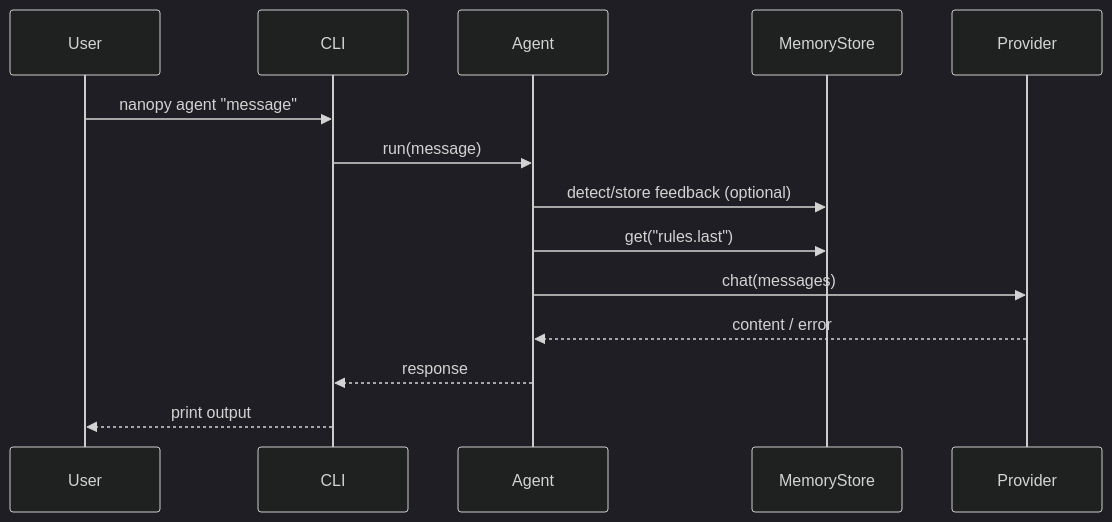
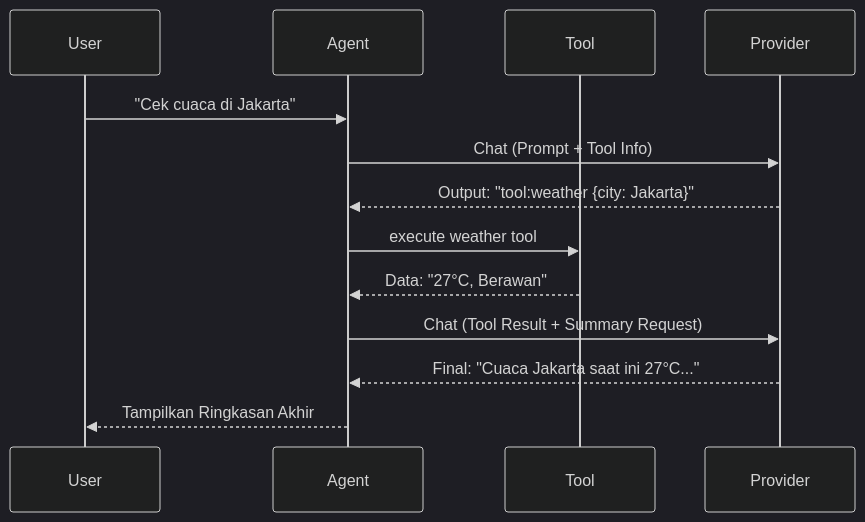
Before and after one commit to kikiginanjar16/nanopy: the second of 3 diagrams in ARCHITECTURE.md, drawn with Mermaid (dark theme). The commit also changed other lines of this file and 15 other files, not shown here.

````diff
--- a/ARCHITECTURE.md
+++ b/ARCHITECTURE.md
@@ -71,17 +52,16 @@
 ```mermaid
 sequenceDiagram
     participant User
-    participant CLI as CLI
-    participant Agent as Agent
-    participant Memory as MemoryStore
-    participant Provider as Provider
+    participant Agent
+    participant Tool
+    participant Provider
 
-    User->>CLI: nanopy agent "message"
-    CLI->>Agent: run(message)
-    Agent->>Memory: detect/store feedback (optional)
-    Agent->>Memory: get("rules.last")
-    Agent->>Provider: chat(messages)
-    Provider-->>Agent: content / error
-    Agent-->>CLI: response
-    CLI-->>User: print output
+    User->>Agent: "Cek cuaca di Jakarta"
+    Agent->>Provider: Chat (Prompt + Tool Info)
+    Provider-->>Agent: Output: "tool:weather {city: Jakarta}"
+    Agent->>Tool: execute weather tool
+    Tool-->>Agent: Data: "27°C, Berawan"
+    Agent->>Provider: Chat (Tool Result + Summary Request)
+    Provider-->>Agent: Final: "Cuaca Jakarta saat ini 27°C..."
+    Agent-->>User: Tampilkan Ringkasan Akhir
 ```
````
